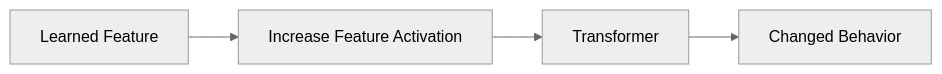
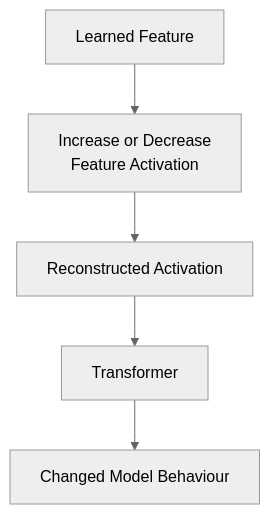
One commit to humairasoudagar/sparse-autoencoder-interpretability changed the eighth of 12 diagrams in papers/anthropic-monosemanticity.md. Above: the diagram before and after it, drawn with Mermaid (neutral theme). The commit also changed other lines of this file, not shown here.

````diff
--- a/papers/anthropic-monosemanticity.md
+++ b/papers/anthropic-monosemanticity.md
@@ -415,6 +462,7 @@
 ```mermaid
-flowchart LR
-    A[Learned Feature] --> B[Increase Feature Activation]
-    B --> C[Transformer]
-    C --> D[Changed Behavior]
+flowchart TD
+    A[Learned Feature] --> B[Increase or Decrease<br>Feature Activation]
+    B --> C[Reconstructed Activation]
+    C --> D[Transformer]
+    D --> E[Changed Model Behaviour]
 ```
````
